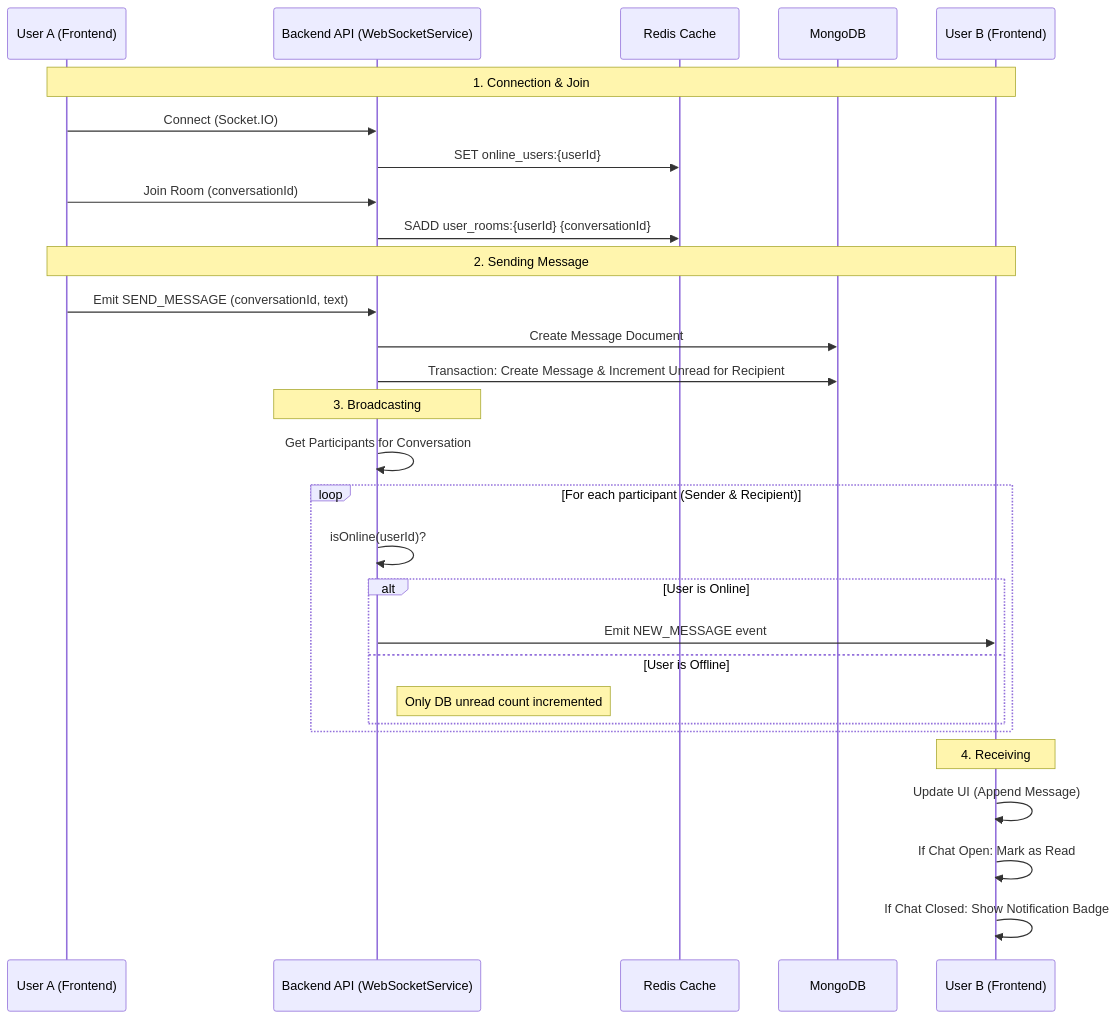
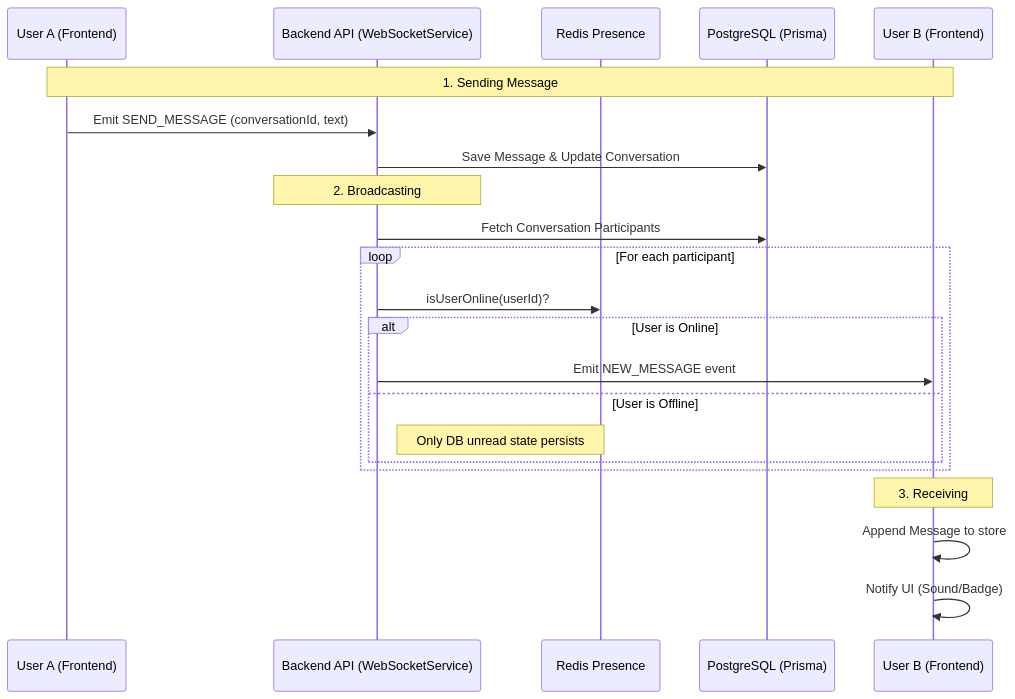
The diagram in docs/CHAT_REALTIME_FEATURE.md (EricNguyen1206/turbo-chat), drawn with Mermaid before and after one commit. The commit also changed other lines of this file and 42 other files, not shown here.

````diff
--- a/docs/CHAT_REALTIME_FEATURE.md
+++ b/docs/CHAT_REALTIME_FEATURE.md
@@ -20,35 +20,27 @@
 ```mermaid
 sequenceDiagram
     participant Sender as User A (Frontend)
     participant Server as Backend API (WebSocketService)
-    participant Redis as Redis Cache
-    participant DB as MongoDB
+    participant Redis as Redis Presence
+    participant DB as PostgreSQL (Prisma)
     participant Recipient as User B (Frontend)
 
-    Note over Sender, Recipient: 1. Connection & Join
-    Sender->>Server: Connect (Socket.IO)
-    Server->>Redis: SET online_users:{userId}
-    Sender->>Server: Join Room (conversationId)
-    Server->>Redis: SADD user_rooms:{userId} {conversationId}
-
-    Note over Sender, Recipient: 2. Sending Message
+    Note over Sender, Recipient: 1. Sending Message
     Sender->>Server: Emit SEND_MESSAGE (conversationId, text)
-    Server->>DB: Create Message Document
-    Server->>DB: Transaction: Create Message & Increment Unread for Recipient
+    Server->>DB: Save Message & Update Conversation
     
-    Note over Server: 3. Broadcasting
-    Server->>Server: Get Participants for Conversation
-    loop For each participant (Sender & Recipient)
-        Server->>Server: isOnline(userId)?
+    Note over Server: 2. Broadcasting
+    Server->>DB: Fetch Conversation Participants
+    loop For each participant
+        Server->>Redis: isUserOnline(userId)?
         alt User is Online
             Server->>Recipient: Emit NEW_MESSAGE event
         else User is Offline
-            Note right of Server: Only DB unread count incremented
+            Note right of Server: Only DB unread state persists
         end
     end
 
-    Note over Recipient: 4. Receiving
-    Recipient->>Recipient: Update UI (Append Message)
-    Recipient->>Recipient: If Chat Open: Mark as Read
-    Recipient->>Recipient: If Chat Closed: Show Notification Badge
+    Note over Recipient: 3. Receiving
+    Recipient->>Recipient: Append Message to store
+    Recipient->>Recipient: Notify UI (Sound/Badge)
 ```
````
